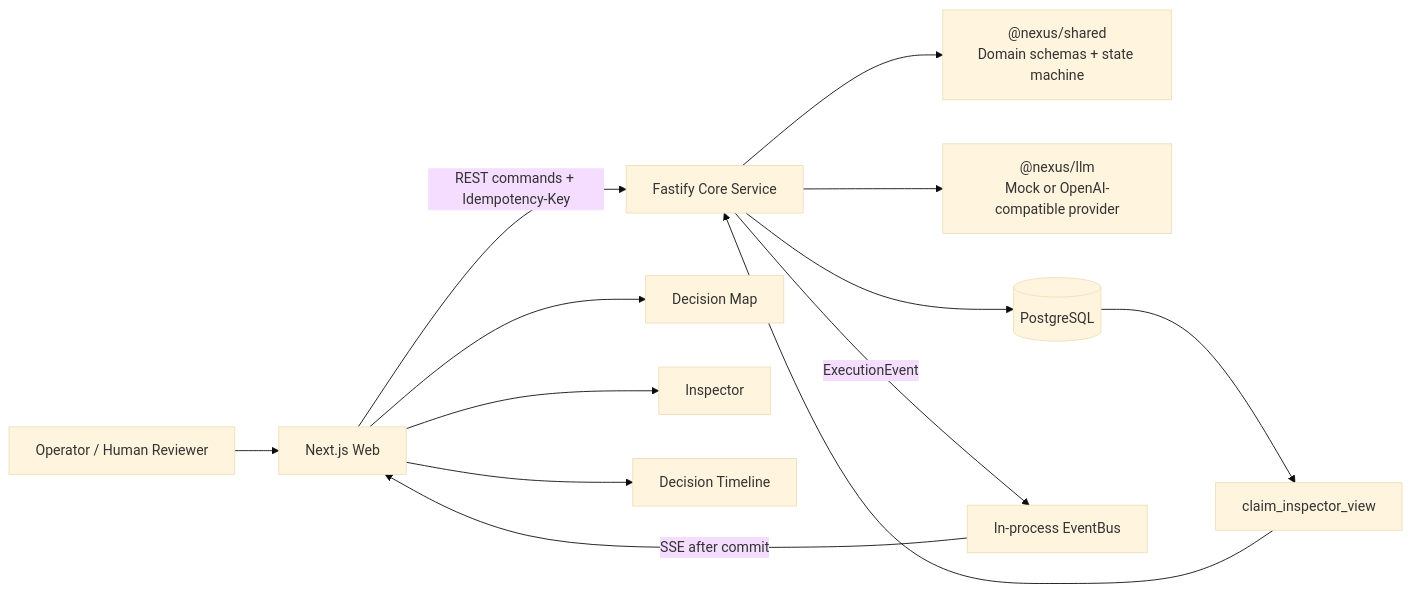
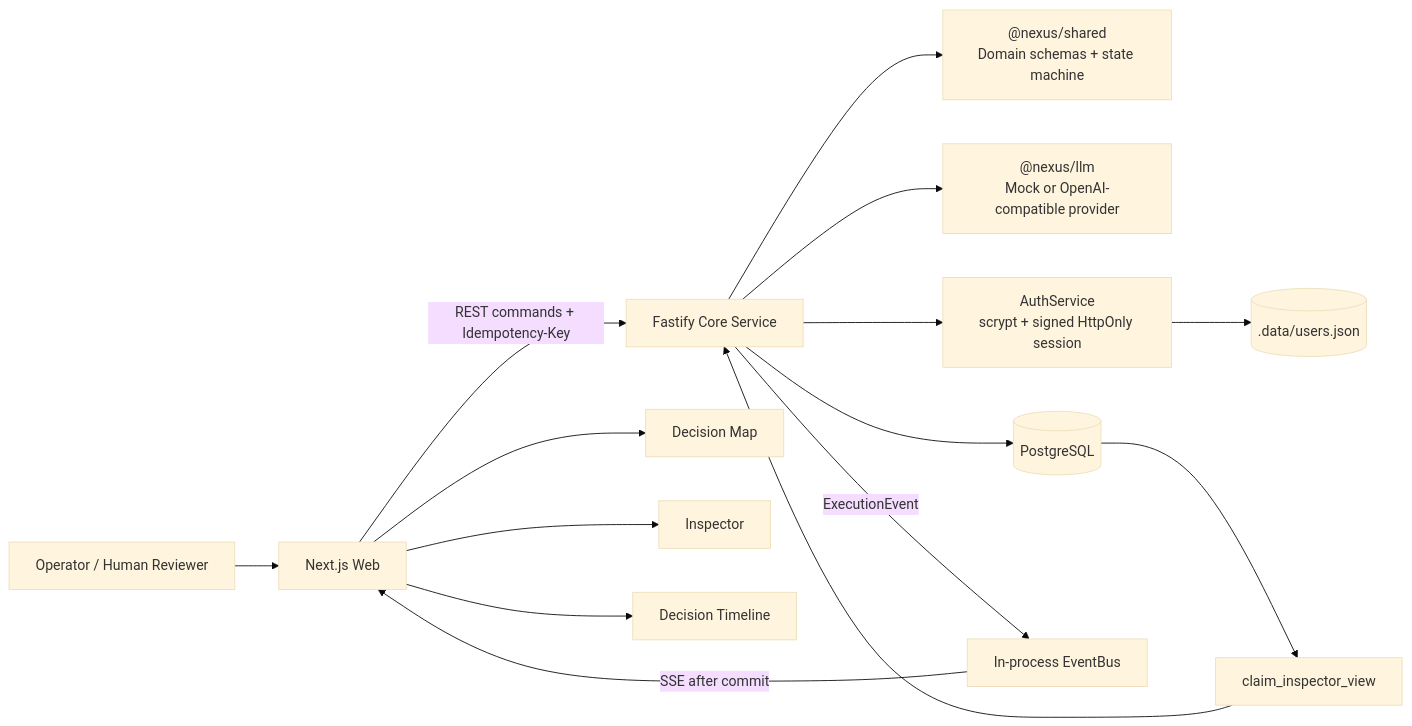
Before and after one commit to LOST-123456/nexus-decision-arena: the first of 3 diagrams in docs/architecture/system-overview.md, drawn with Mermaid (base theme). The commit also changed other lines of this file and 43 other files, not shown here.

````diff
--- a/docs/architecture/system-overview.md
+++ b/docs/architecture/system-overview.md
@@ -5,15 +5,17 @@
 ```mermaid
 flowchart LR
   Operator[Operator / Human Reviewer] --> Web[Next.js Web]
   Web -->|REST commands + Idempotency-Key| Core[Fastify Core Service]
   Core --> Shared["@nexus/shared<br/>Domain schemas + state machine"]
   Core --> LLM["@nexus/llm<br/>Mock or OpenAI-compatible provider"]
+  Core --> Auth["AuthService<br/>scrypt + signed HttpOnly session"]
+  Auth --> Users[(.data/users.json)]
   Core --> DB[(PostgreSQL)]
   DB --> InspectorView[claim_inspector_view]
   InspectorView --> Core
   Core -->|ExecutionEvent| EventBus[In-process EventBus]
   EventBus -->|SSE after commit| Web
   Web --> DecisionMap[Decision Map]
   Web --> Inspector[Inspector]
   Web --> Timeline[Decision Timeline]
 ```
````
